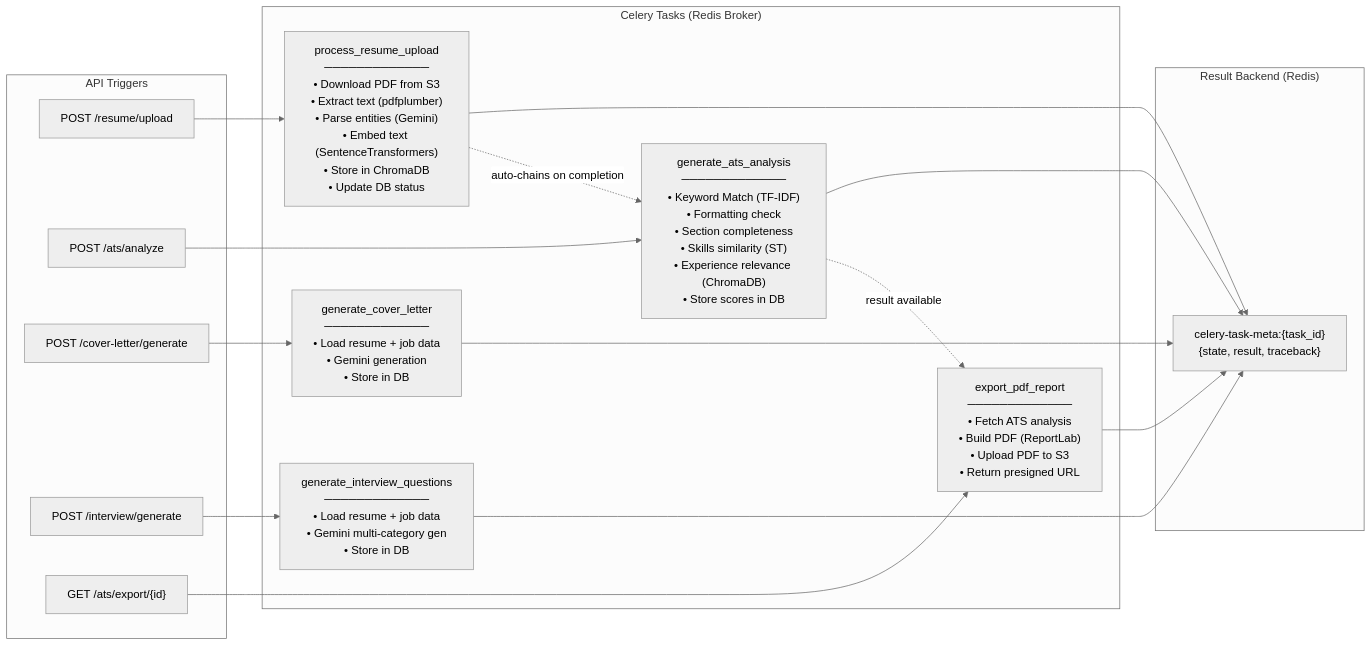
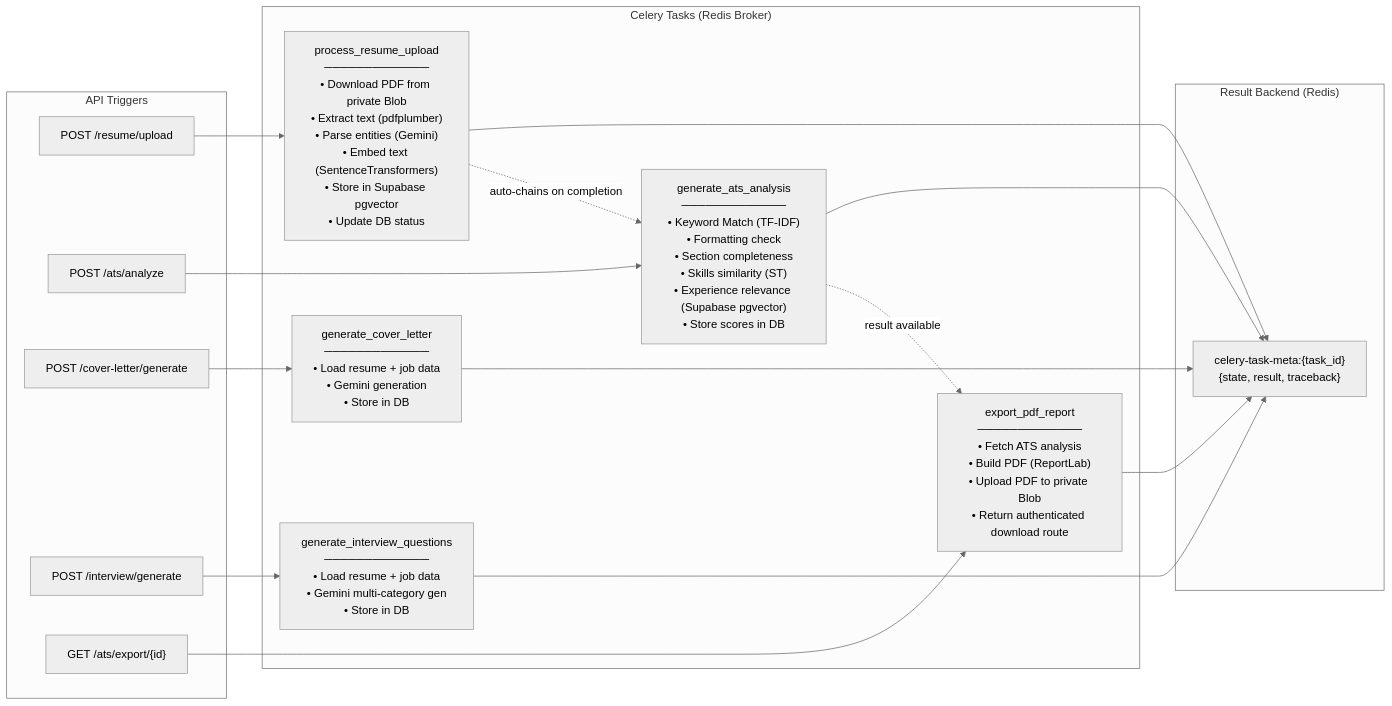
The fourth of 6 diagrams in docs/architecture.md (tirthch25/SmartHire-AI), drawn with Mermaid (neutral theme) before and after one commit. The commit also changed other lines of this file and 168 other files, not shown here.

````diff
--- a/docs/architecture.md
+++ b/docs/architecture.md
@@ -249,40 +249,40 @@
 ```mermaid
 graph LR
     subgraph Triggers["API Triggers"]
         T1["POST /resume/upload"]
         T2["POST /ats/analyze"]
         T3["POST /cover-letter/generate"]
         T4["POST /interview/generate"]
         T5["GET /ats/export/{id}"]
     end
 
     subgraph Tasks["Celery Tasks (Redis Broker)"]
-        W1["process_resume_upload\n─────────────\n• Download PDF from S3\n• Extract text (pdfplumber)\n• Parse entities (Gemini)\n• Embed text (SentenceTransformers)\n• Store in ChromaDB\n• Update DB status"]
+        W1["process_resume_upload\n─────────────\n• Download PDF from private Blob\n• Extract text (pdfplumber)\n• Parse entities (Gemini)\n• Embed text (SentenceTransformers)\n• Store in Supabase pgvector\n• Update DB status"]
 
-        W2["generate_ats_analysis\n─────────────\n• Keyword Match (TF-IDF)\n• Formatting check\n• Section completeness\n• Skills similarity (ST)\n• Experience relevance (ChromaDB)\n• Store scores in DB"]
+        W2["generate_ats_analysis\n─────────────\n• Keyword Match (TF-IDF)\n• Formatting check\n• Section completeness\n• Skills similarity (ST)\n• Experience relevance (Supabase pgvector)\n• Store scores in DB"]
 
         W3["generate_cover_letter\n─────────────\n• Load resume + job data\n• Gemini generation\n• Store in DB"]
 
         W4["generate_interview_questions\n─────────────\n• Load resume + job data\n• Gemini multi-category gen\n• Store in DB"]
 
-        W5["export_pdf_report\n─────────────\n• Fetch ATS analysis\n• Build PDF (ReportLab)\n• Upload PDF to S3\n• Return presigned URL"]
+        W5["export_pdf_report\n─────────────\n• Fetch ATS analysis\n• Build PDF (ReportLab)\n• Upload PDF to private Blob\n• Return authenticated download route"]
     end
 
     subgraph Results["Result Backend (Redis)"]
         R["celery-task-meta:{task_id}\n{state, result, traceback}"]
     end
 
     T1 --> W1
     T2 --> W2
     W1 -.->|"auto-chains on completion"| W2
     T3 --> W3
     T4 --> W4
     T5 --> W5
     W2 -.->|"result available"| W5
 
     W1 --> R
     W2 --> R
     W3 --> R
     W4 --> R
     W5 --> R
 ```
````
